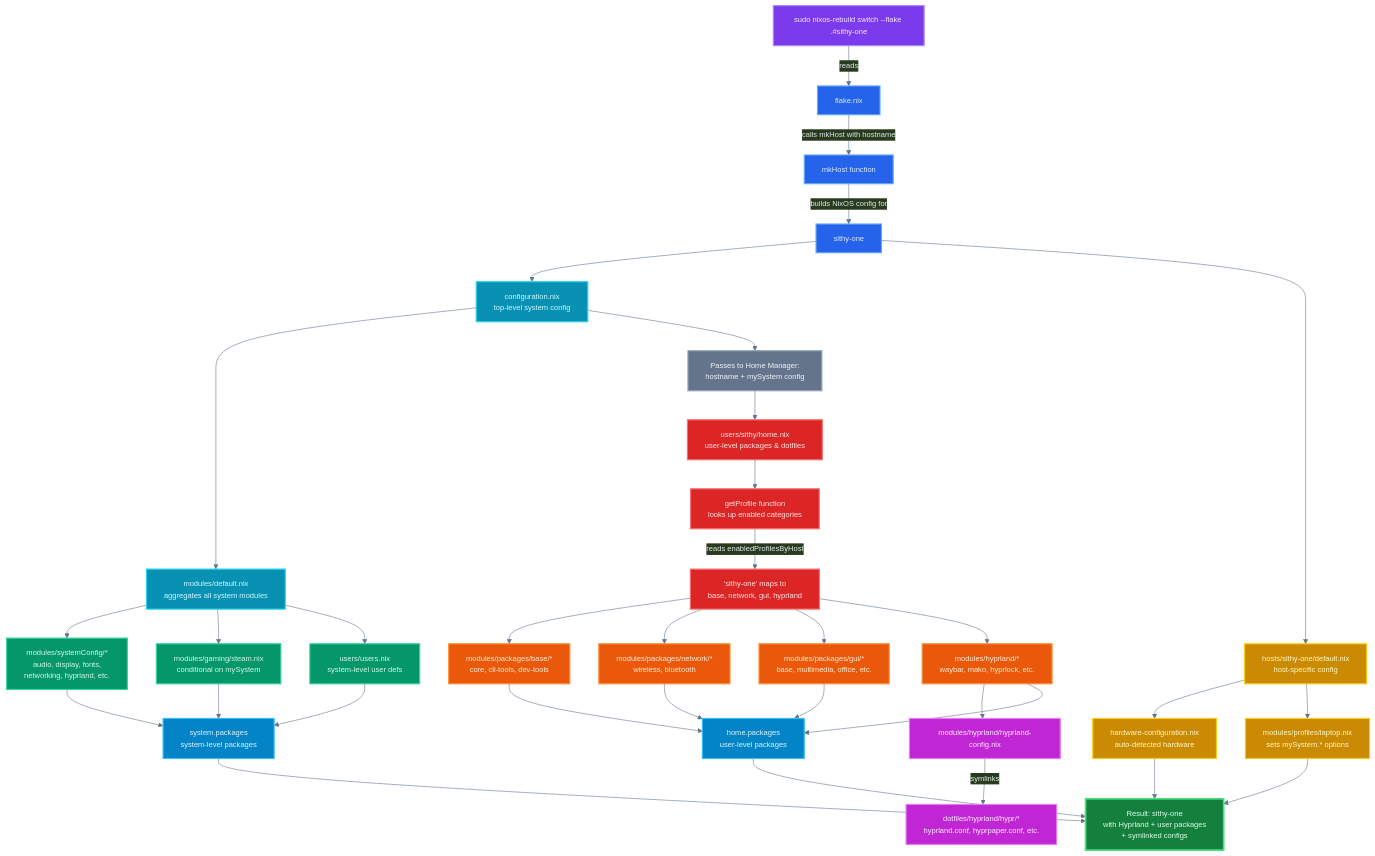
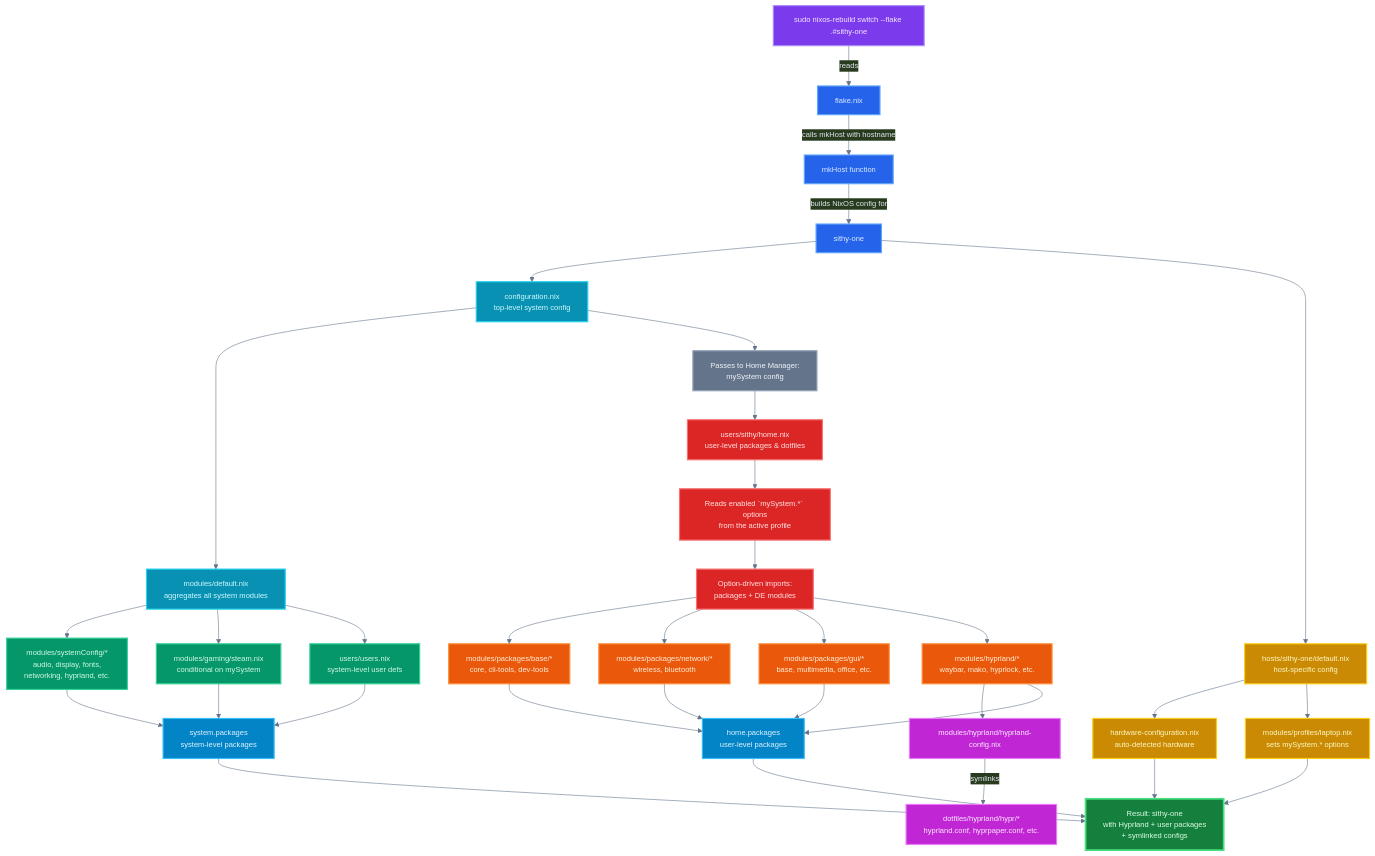
Before and after one commit to sithypenguin/nix-config: the diagram in README.md, drawn with Mermaid. The commit also changed other lines of this file, not shown here.

Commit message:
docs: update README for policy-modular architecture

````diff
--- a/README.md
+++ b/README.md
@@ -44,62 +44,62 @@
 ```mermaid
 %%{init: {'theme':'base', 'themeVariables': {
   'primaryColor':'#1e293b',
   'primaryTextColor':'#e2e8f0',
   'primaryBorderColor':'#475569',
   'lineColor':'#64748b',
   'fontSize':'13px',
   'fontFamily':'monospace'
 }}}%%
 graph TD
     A["sudo nixos-rebuild switch --flake .#sithy-one"]:::command -->|reads| B["flake.nix"]:::flake
     B -->|calls mkHost with hostname| C["mkHost function"]:::flake
     C -->|builds NixOS config for| D["sithy-one"]:::flake
     
     D --> E["configuration.nix<br/>top-level system config"]:::sysConfig
     E --> F["modules/default.nix<br/>aggregates all system modules"]:::sysConfig
     F --> G["modules/systemConfig/*<br/>audio, display, fonts,<br/>networking, hyprland, etc."]:::sysModules
     F --> H["modules/gaming/steam.nix<br/>conditional on mySystem"]:::sysModules
     F --> I["users/users.nix<br/>system-level user defs"]:::sysModules
     
     D --> J["hosts/sithy-one/default.nix<br/>host-specific config"]:::hostFiles
     J --> K["hardware-configuration.nix<br/>auto-detected hardware"]:::hostFiles
     J --> L["modules/profiles/laptop.nix<br/>sets mySystem.* options"]:::hostFiles
     
-    E --> M["Passes to Home Manager:<br/>hostname + mySystem config"]:::bridge
+   E --> M["Passes to Home Manager:<br/>mySystem config"]:::bridge
     M --> N["users/sithy/home.nix<br/>user-level packages & dotfiles"]:::hmConfig
-    N --> O["getProfile function<br/>looks up enabled categories"]:::hmConfig
-    O -->|reads enabledProfilesByHost| P["'sithy-one' maps to<br/>base, network, gui, hyprland"]:::hmConfig
-    P --> Q["modules/packages/base/*<br/>core, cli-tools, dev-tools"]:::packages
-    P --> R["modules/packages/network/*<br/>wireless, bluetooth"]:::packages
-    P --> S["modules/packages/gui/*<br/>base, multimedia, office, etc."]:::packages
-    P --> T["modules/hyprland/*<br/>waybar, mako, hyprlock, etc."]:::packages
+   N --> O["Reads enabled `mySystem.*` options<br/>from the active profile"]:::hmConfig
+   O --> P["Option-driven imports:<br/>packages + DE modules"]:::hmConfig
+   P --> Q["modules/packages/base/*<br/>core, cli-tools, dev-tools"]:::packages
+   P --> R["modules/packages/network/*<br/>wireless, bluetooth"]:::packages
+   P --> S["modules/packages/gui/*<br/>base, multimedia, office, etc."]:::packages
+   P --> T["modules/hyprland/*<br/>waybar, mako, hyprlock, etc."]:::packages
     
     T --> U["modules/hyprland/hyprland-config.nix"]:::dotfiles
     U -->|symlinks| V["dotfiles/hyprland/hypr/*<br/>hyprland.conf, hyprpaper.conf, etc."]:::dotfiles
     
     Q --> W["home.packages<br/>user-level packages"]:::output
     R --> W
     S --> W
     T --> W
     
     G --> X["system.packages<br/>system-level packages"]:::output
     H --> X
     I --> X
     
     W --> Y["Result: sithy-one<br/>with Hyprland + user packages<br/>+ symlinked configs"]:::final
     X --> Y
     L --> Y
     K --> Y
     
     classDef command fill:#7c3aed,stroke:#a78bfa,stroke-width:2px,color:#f3e8ff
     classDef flake fill:#2563eb,stroke:#60a5fa,stroke-width:2px,color:#dbeafe
     classDef sysConfig fill:#0891b2,stroke:#22d3ee,stroke-width:2px,color:#cffafe
     classDef sysModules fill:#059669,stroke:#34d399,stroke-width:2px,color:#d1fae5
     classDef hostFiles fill:#ca8a04,stroke:#facc15,stroke-width:2px,color:#fef9c3
     classDef bridge fill:#64748b,stroke:#94a3b8,stroke-width:2px,color:#f1f5f9
     classDef hmConfig fill:#dc2626,stroke:#f87171,stroke-width:2px,color:#fee2e2
     classDef packages fill:#ea580c,stroke:#fb923c,stroke-width:2px,color:#ffedd5
     classDef dotfiles fill:#c026d3,stroke:#e879f9,stroke-width:2px,color:#fae8ff
     classDef output fill:#0284c7,stroke:#38bdf8,stroke-width:2px,color:#e0f2fe
     classDef final fill:#15803d,stroke:#4ade80,stroke-width:3px,color:#dcfce7
 ```
````
